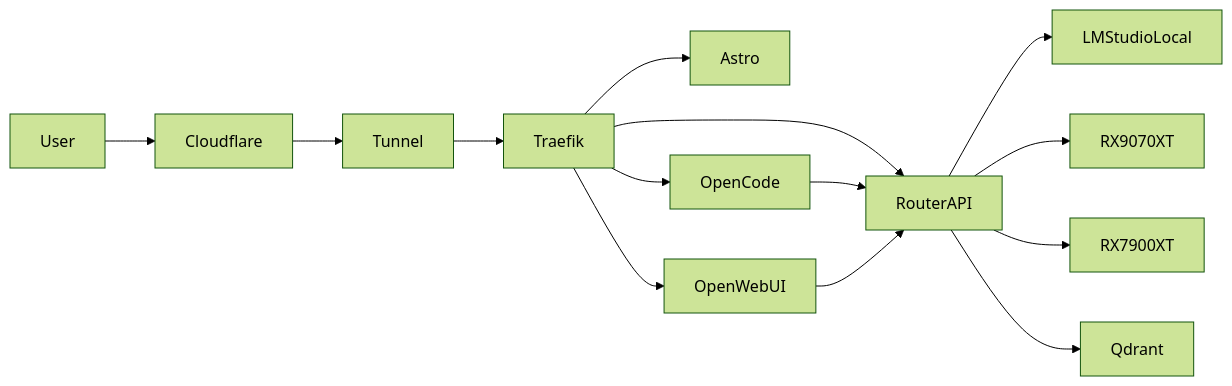
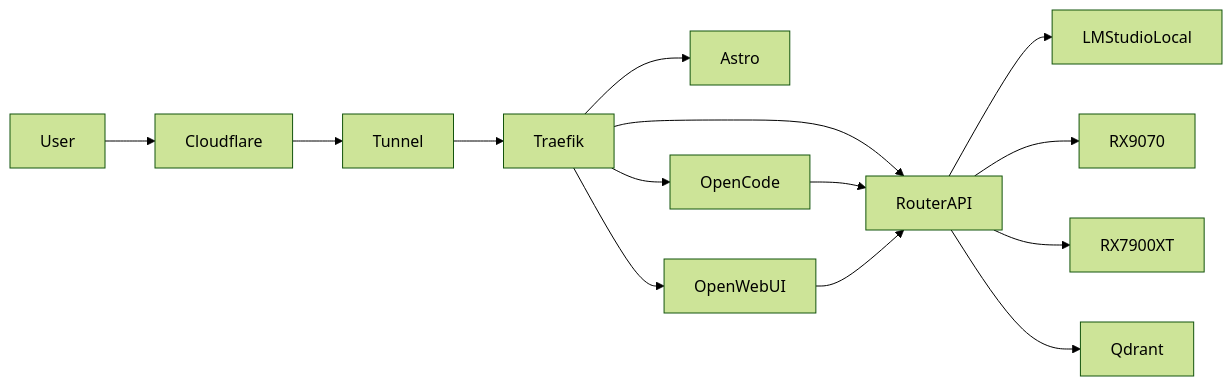
Before and after one commit to albertgracia/ai-lab: the diagram in apps/ialab-docs/src/content/docs/operacion-privada-ai-lab.md, drawn with Mermaid (forest theme). The commit also changed other lines of this file and 13 other files, not shown here.

````diff
--- a/apps/ialab-docs/src/content/docs/operacion-privada-ai-lab.md
+++ b/apps/ialab-docs/src/content/docs/operacion-privada-ai-lab.md
@@ -270,21 +270,21 @@
 ```mermaid
 flowchart LR
 
 User --> Cloudflare
 Cloudflare --> Tunnel
 Tunnel --> Traefik
 
 Traefik --> Astro
 Traefik --> OpenCode
 Traefik --> OpenWebUI
 Traefik --> RouterAPI
 
 RouterAPI --> LMStudioLocal
-RouterAPI --> RX9070XT
+RouterAPI --> RX9070
 RouterAPI --> RX7900XT
 
 RouterAPI --> Qdrant
 
 OpenCode --> RouterAPI
 OpenWebUI --> RouterAPI
 ```
````
